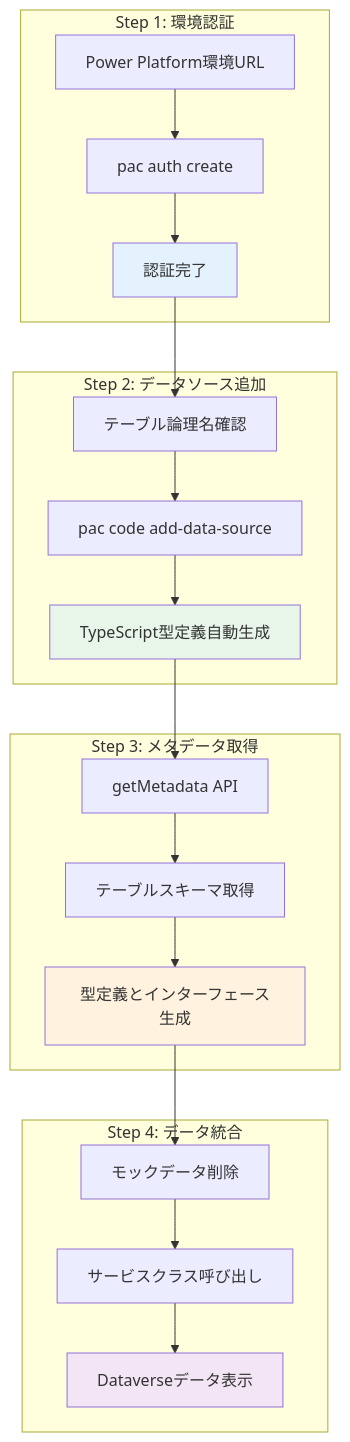
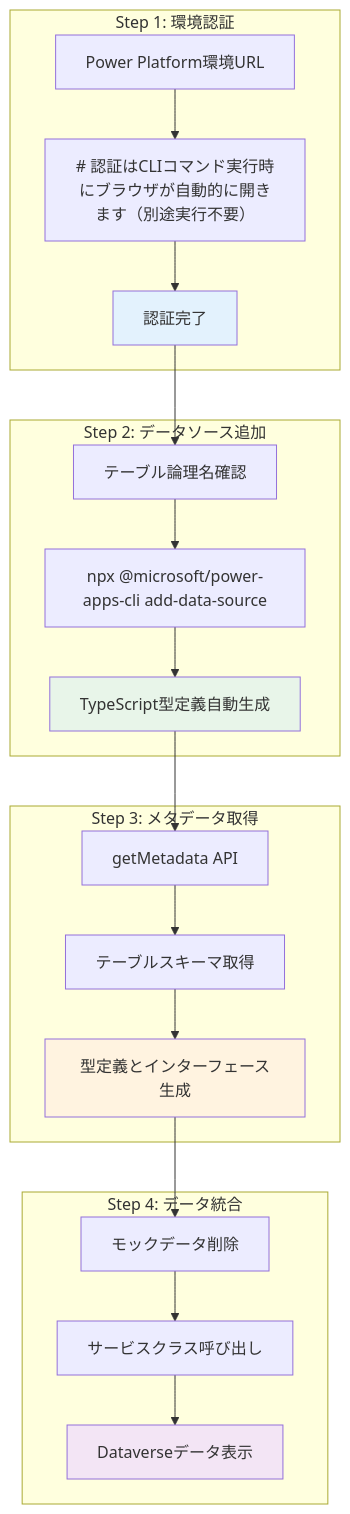
Before and after one commit to PLUG365/DecisionFlow: the first of 6 diagrams in PHASE3_DATA_INTEGRATION.md, drawn with Mermaid. The commit also changed other lines of this file and 12 other files, not shown here.

First line of the commit message:
docs: replace pac CLI with @microsoft/power-apps-cli npm package

````diff
--- a/PHASE3_DATA_INTEGRATION.md
+++ b/PHASE3_DATA_INTEGRATION.md
@@ -94,31 +94,31 @@
 ```mermaid
 graph TB
     subgraph "Step 1: 環境認証"
-        A1[Power Platform環境URL] --> A2[pac auth create]
+        A1[Power Platform環境URL] --> A2[# 認証はCLIコマンド実行時にブラウザが自動的に開きます（別途実行不要）]
         A2 --> A3[認証完了]
     end
     
     subgraph "Step 2: データソース追加"
-        B1[テーブル論理名確認] --> B2[pac code add-data-source]
+        B1[テーブル論理名確認] --> B2[npx @microsoft/power-apps-cli add-data-source]
         B2 --> B3[TypeScript型定義自動生成]
     end
     
     subgraph "Step 3: メタデータ取得"
         C1[getMetadata API] --> C2[テーブルスキーマ取得]
         C2 --> C3[型定義とインターフェース生成]
     end
     
     subgraph "Step 4: データ統合"
         D1[モックデータ削除] --> D2[サービスクラス呼び出し]
         D2 --> D3[Dataverseデータ表示]
     end
     
     A3 --> B1
     B3 --> C1
     C3 --> D1
     
     style A3 fill:#e3f2fd
     style B3 fill:#e8f5e9
     style C3 fill:#fff3e0
     style D3 fill:#f3e5f5
 ```
````
